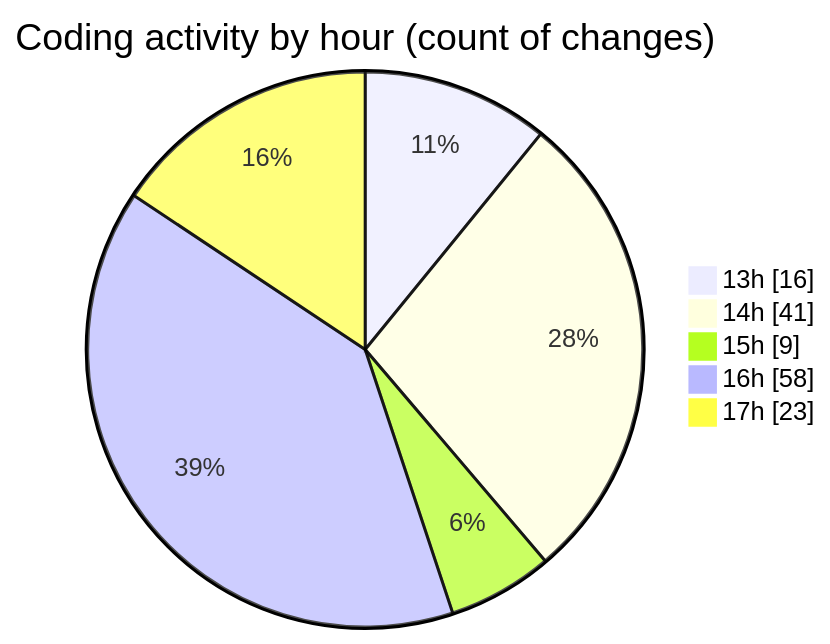
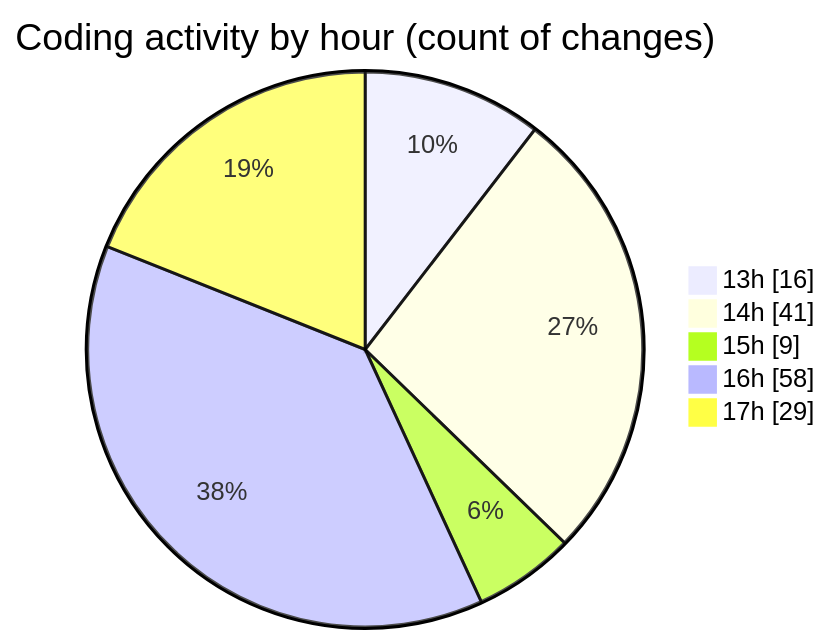
Before and after one commit to momahboobian/code-tracking: the second of 2 diagrams in 2026-02-04/cda/README.md, drawn with Mermaid. The commit also changed other lines of this file and 1 other file, not shown here.

````diff
--- a/2026-02-04/cda/README.md
+++ b/2026-02-04/cda/README.md
@@ -48,9 +50,9 @@
 ```mermaid
 pie showData
 title Coding activity by hour (count of changes)
 "13h" : 16
 "14h" : 41
 "15h" : 9
 "16h" : 58
-"17h" : 23
+"17h" : 29
 ```
````
